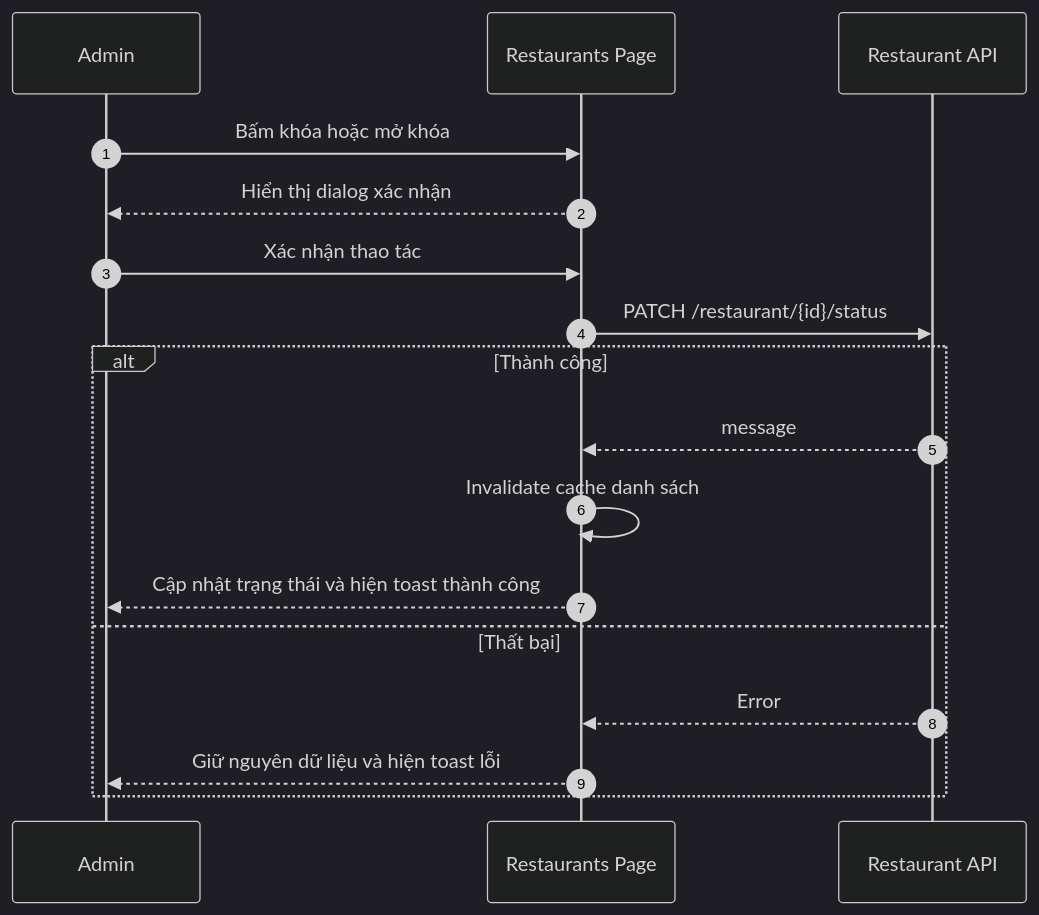
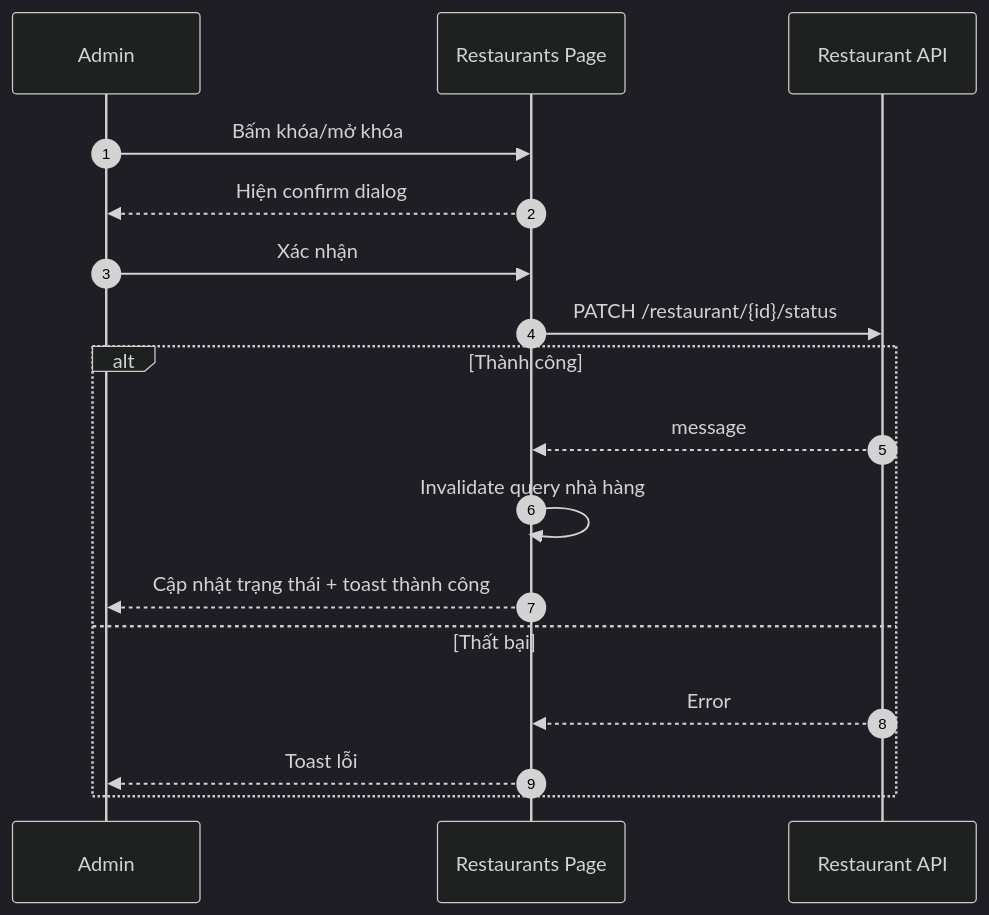
Diagram 11 of 24 in docs/sequence/flow-admin.md (sangnp-s-organiztion/food-market-narrator), drawn with Mermaid (dark theme) before and after one commit. The commit also changed other lines of this file and 3 other files, not shown here.

Commit message:
cập nhật flow-admin

````diff
--- a/docs/sequence/flow-admin.md
+++ b/docs/sequence/flow-admin.md
@@ -245,20 +219,20 @@
 ```mermaid
 sequenceDiagram
     autonumber
     participant U as Admin
     participant FE as Restaurants Page
     participant RES as Restaurant API
 
-    U->>FE: Bấm khóa hoặc mở khóa
-    FE-->>U: Hiển thị dialog xác nhận
-    U->>FE: Xác nhận thao tác
+    U->>FE: Bấm khóa/mở khóa
+    FE-->>U: Hiện confirm dialog
+    U->>FE: Xác nhận
     FE->>RES: PATCH /restaurant/{id}/status
     alt Thành công
         RES-->>FE: message
-        FE->>FE: Invalidate cache danh sách
-        FE-->>U: Cập nhật trạng thái và hiện toast thành công
+        FE->>FE: Invalidate query nhà hàng
+        FE-->>U: Cập nhật trạng thái + toast thành công
     else Thất bại
         RES-->>FE: Error
-        FE-->>U: Giữ nguyên dữ liệu và hiện toast lỗi
+        FE-->>U: Toast lỗi
     end
 ```
````
